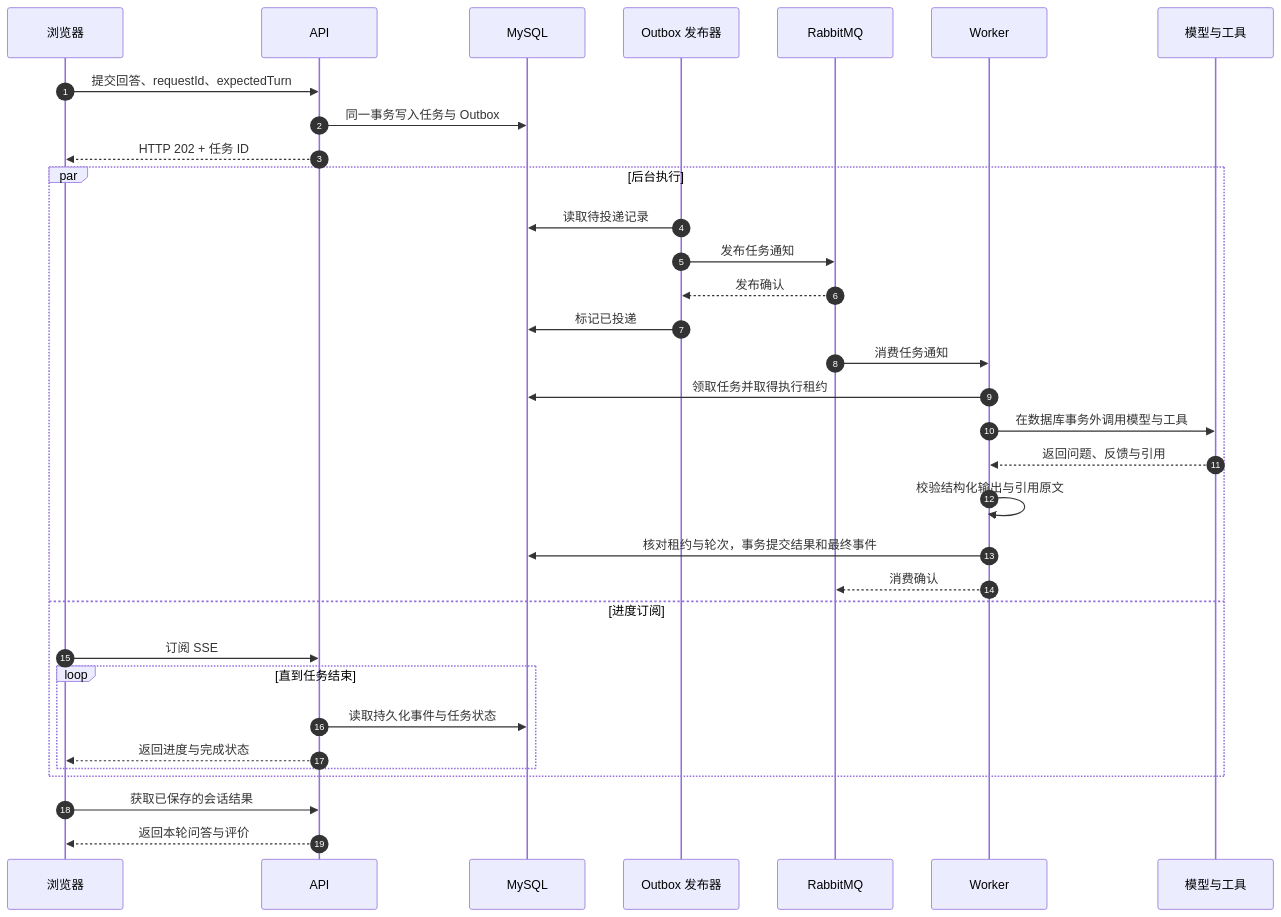
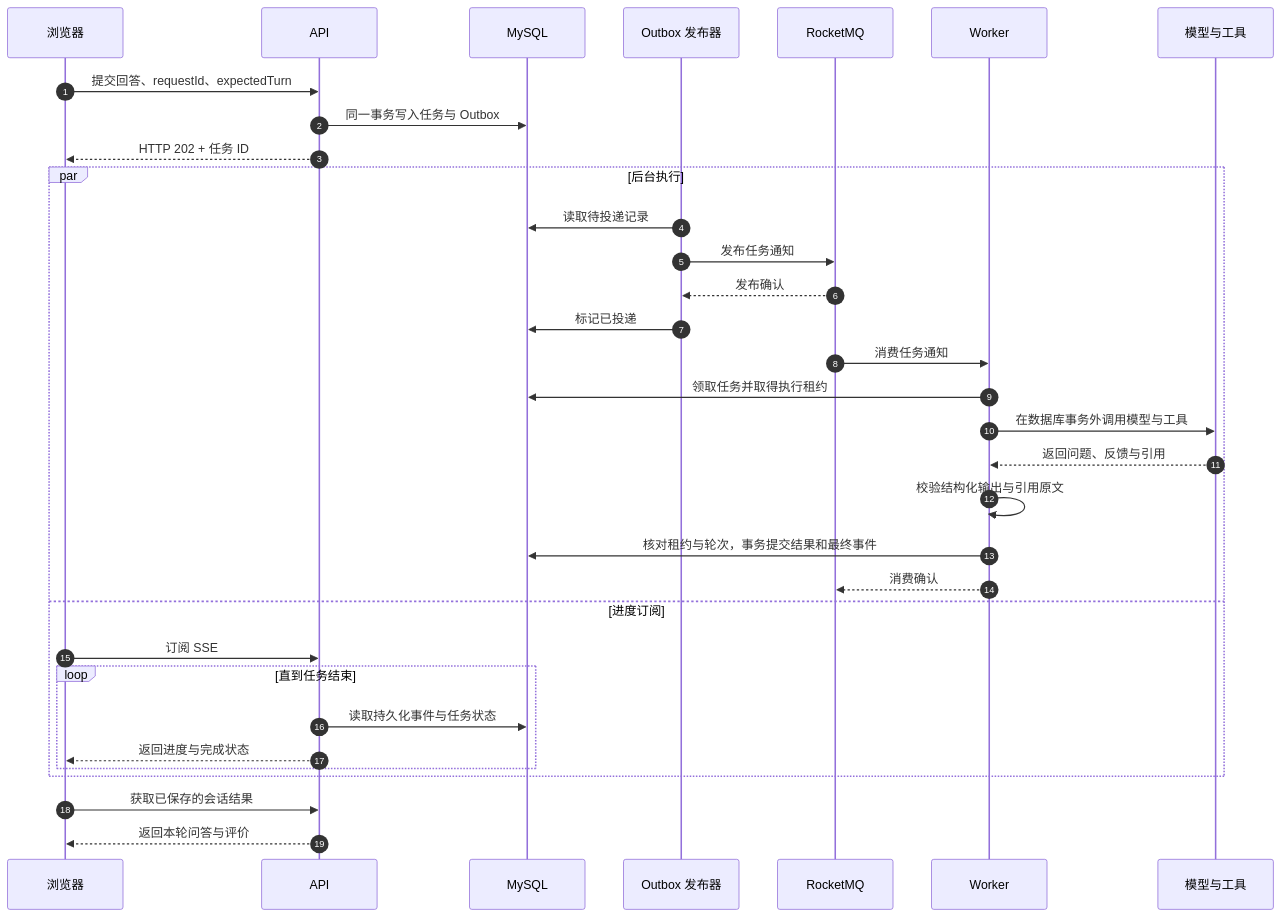
One commit to nut9527/interview-agent changed the second of 2 diagrams in README.md. Above: the diagram before and after it, drawn with Mermaid. The commit also changed other lines of this file and 211 other files, not shown here.

````diff
--- a/README.md
+++ b/README.md
@@ -74,36 +74,36 @@
 ```mermaid
 sequenceDiagram
     autonumber
     participant UI as 浏览器
     participant API as API
     participant DB as MySQL
     participant Pub as Outbox 发布器
-    participant MQ as RabbitMQ
+    participant MQ as RocketMQ
     participant Worker as Worker
     participant AI as 模型与工具
 
     UI->>API: 提交回答、requestId、expectedTurn
     API->>DB: 同一事务写入任务与 Outbox
     API-->>UI: HTTP 202 + 任务 ID
     par 后台执行
         Pub->>DB: 读取待投递记录
         Pub->>MQ: 发布任务通知
         MQ-->>Pub: 发布确认
         Pub->>DB: 标记已投递
         MQ->>Worker: 消费任务通知
         Worker->>DB: 领取任务并取得执行租约
         Worker->>AI: 在数据库事务外调用模型与工具
         AI-->>Worker: 返回问题、反馈与引用
         Worker->>Worker: 校验结构化输出与引用原文
         Worker->>DB: 核对租约与轮次，事务提交结果和最终事件
         Worker-->>MQ: 消费确认
     and 进度订阅
         UI->>API: 订阅 SSE
         loop 直到任务结束
             API->>DB: 读取持久化事件与任务状态
             API-->>UI: 返回进度与完成状态
         end
     end
     UI->>API: 获取已保存的会话结果
     API-->>UI: 返回本轮问答与评价
 ```
````
